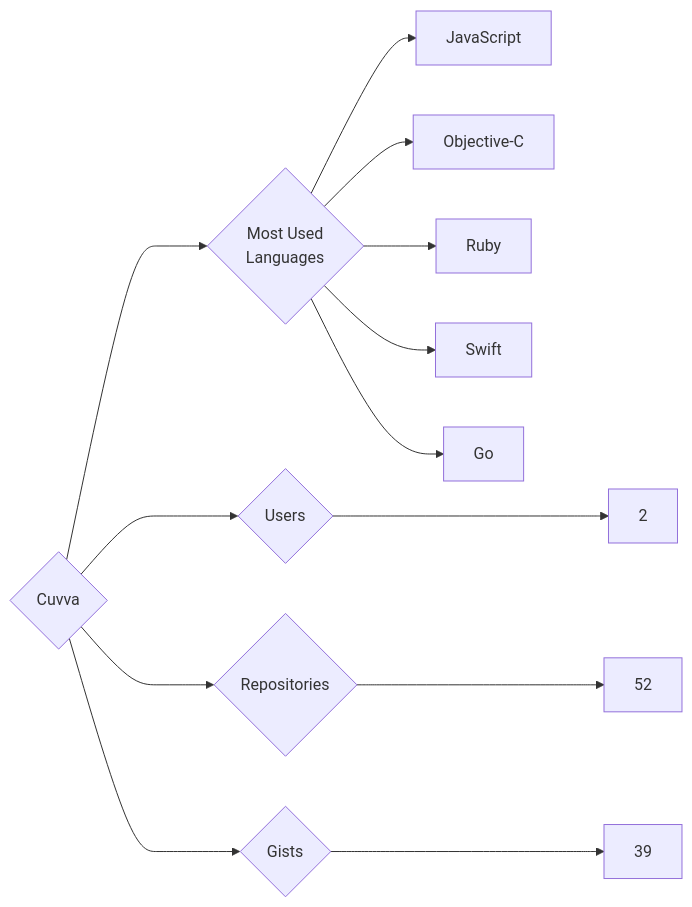
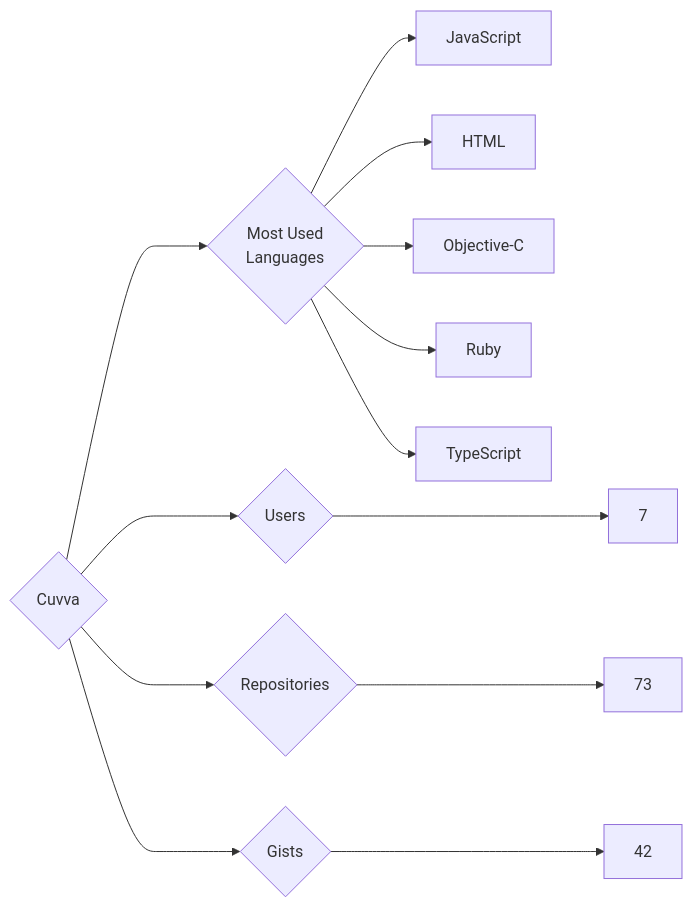
Before and after one commit to trickest/insiders: the diagram in targets/Cuvva/README.md, drawn with Mermaid. The commit also changed 757 other files, not shown here.

````diff
--- a/targets/Cuvva/README.md
+++ b/targets/Cuvva/README.md
@@ -3,13 +3,13 @@
 ```mermaid
 graph LR
 COMPANY_NAME{Cuvva}
-COMPANY_NAME ---> U{Users} ---> UN[2]
-COMPANY_NAME ---> R{Repositories} ---> RN[52]
-COMPANY_NAME ---> G{Gists} ---> GN[39]
+COMPANY_NAME ---> U{Users} ---> UN[7]
+COMPANY_NAME ---> R{Repositories} ---> RN[73]
+COMPANY_NAME ---> G{Gists} ---> GN[42]
 COMPANY_NAME ---> ML{Most Used<br>Languages}
 ML --> JavaScript[JavaScript]
+ML --> HTML[HTML]
 ML --> Objective-C[Objective-C]
 ML --> Ruby[Ruby]
-ML --> Swift[Swift]
-ML --> Go[Go]
+ML --> TypeScript[TypeScript]
 ```
````
